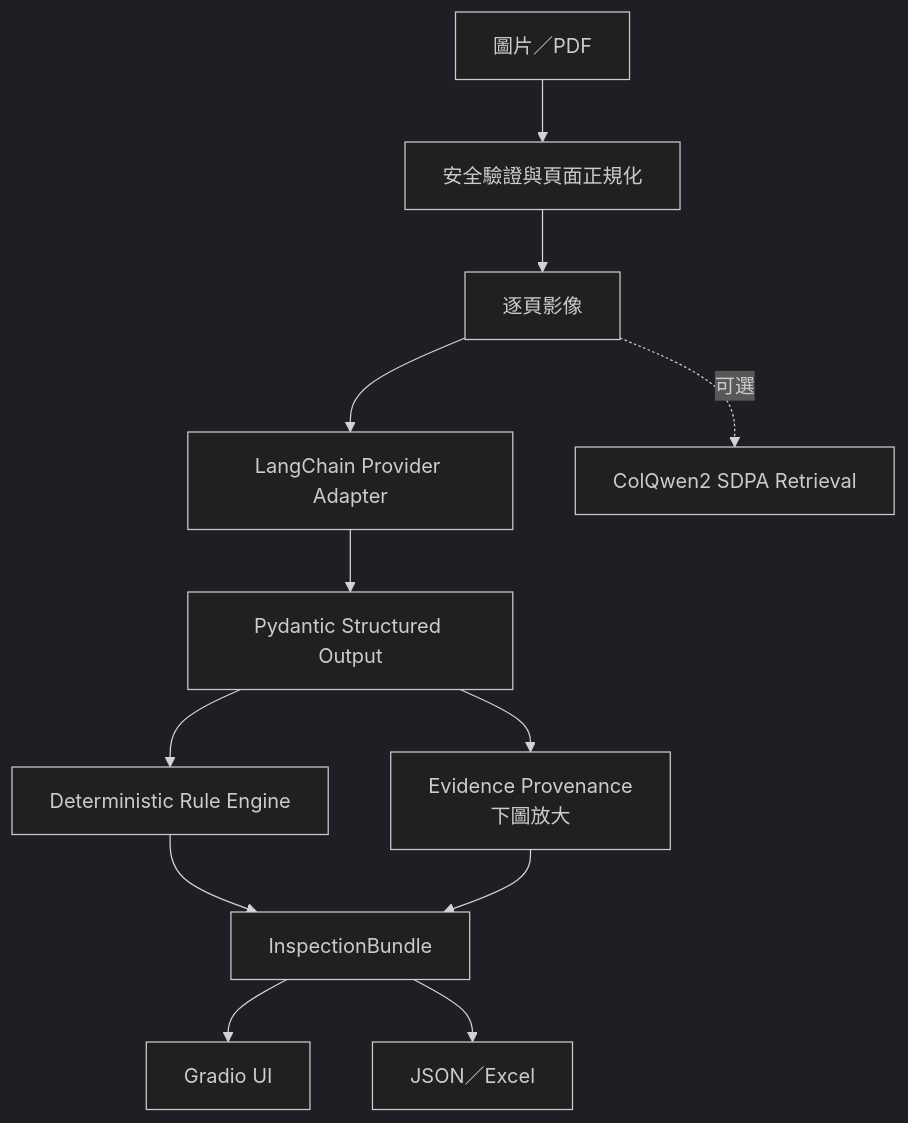
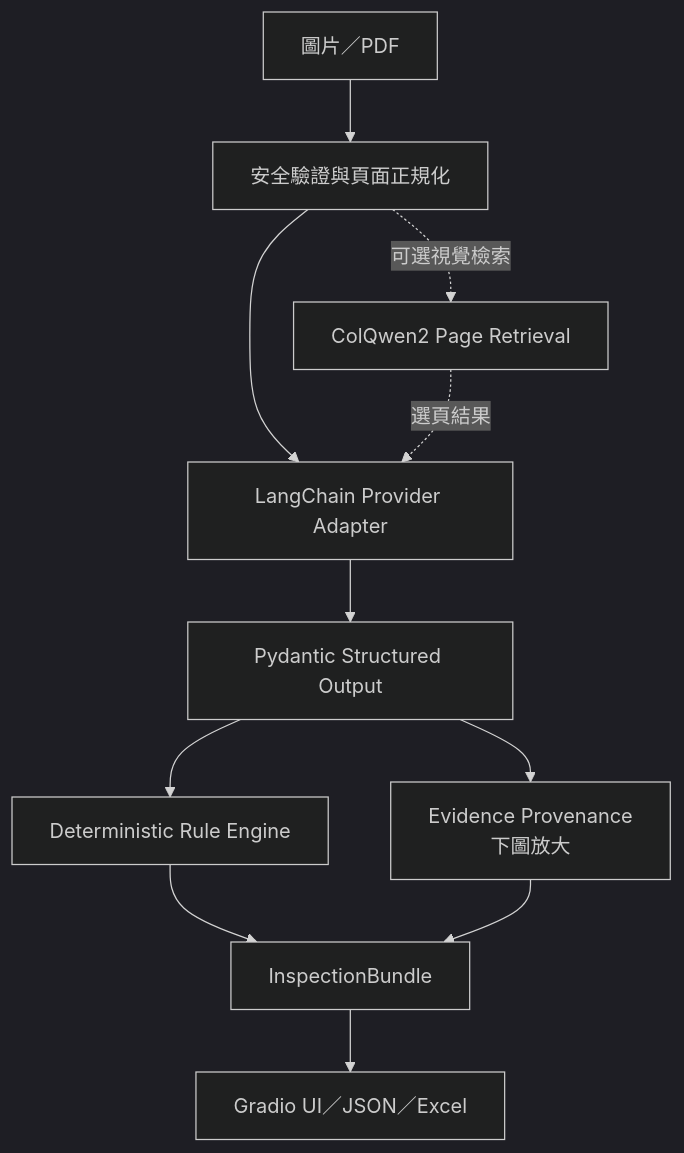
One commit to kuotunyu/doc-inspector changed the first of 2 diagrams in README.md. Above: the diagram before and after it, drawn with Mermaid (dark theme). The commit also changed other lines of this file and 5 other files, not shown here.

````diff
--- a/README.md
+++ b/README.md
@@ -64,14 +46,13 @@
 ```mermaid
 flowchart TB
     A["圖片／PDF"] --> B["安全驗證與頁面正規化"]
-    B --> C["逐頁影像"]
-    C --> D["LangChain Provider Adapter"]
-    D --> E["Pydantic Structured Output"]
-    E --> F["Deterministic Rule Engine"]
-    E --> G["Evidence Provenance<br/>下圖放大"]
-    F --> H["InspectionBundle"]
-    G --> H
-    H --> I["Gradio UI"]
-    H --> J["JSON／Excel"]
-    C -. "可選" .-> K["ColQwen2 SDPA Retrieval"]
+    B --> C["LangChain Provider Adapter"]
+    C --> D["Pydantic Structured Output"]
+    D --> E["Deterministic Rule Engine"]
+    D --> F["Evidence Provenance<br/>下圖放大"]
+    E --> G["InspectionBundle"]
+    F --> G
+    G --> H["Gradio UI／JSON／Excel"]
+    B -. "可選視覺檢索" .-> I["ColQwen2 Page Retrieval"]
+    I -. "選頁結果" .-> C
 ```
````
